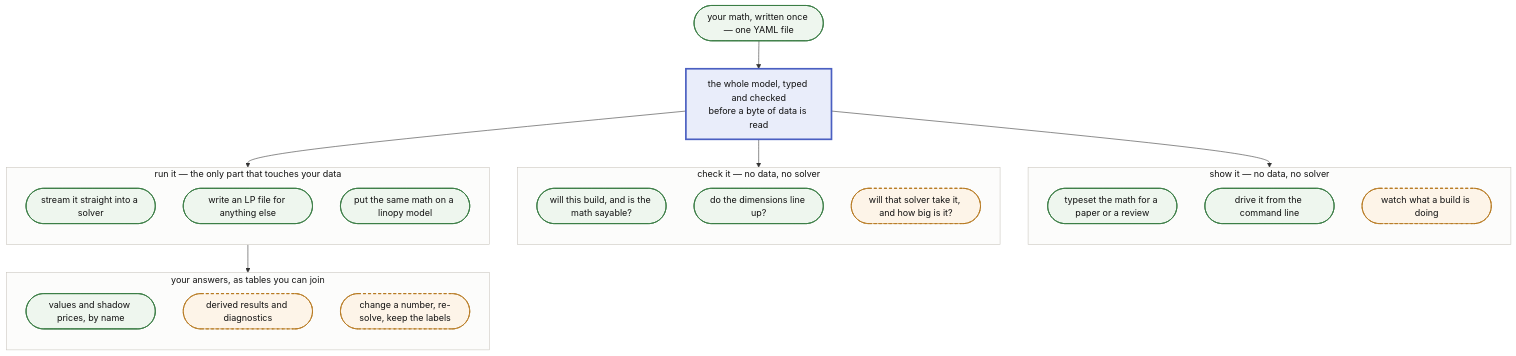
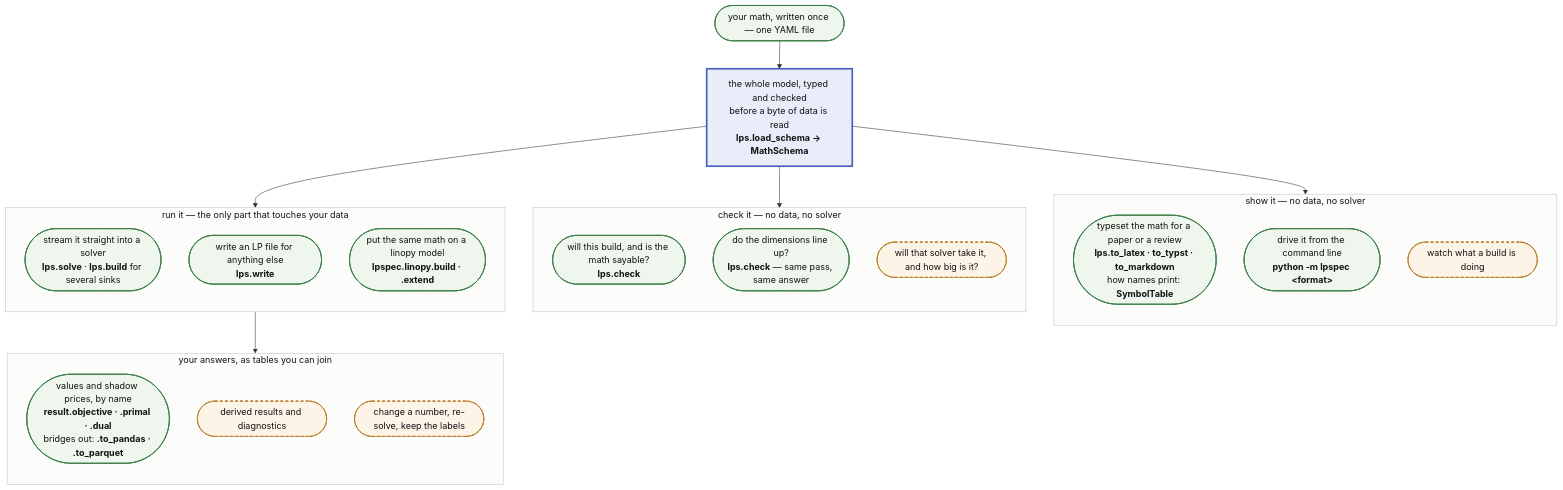
Before and after one commit to FBumann/farkas: the second of 2 diagrams in docs/ARCHITECTURE.md, drawn with Mermaid. The commit also changed other lines of this file and 2 other files, not shown here.

First line of the commit message:
docs(architecture): show the public surface, and pin it

````diff
--- a/docs/ARCHITECTURE.md
+++ b/docs/ARCHITECTURE.md
@@ -109,51 +109,51 @@
 ```mermaid
 flowchart TB
     Y(["your math, written once — one YAML file"])
 
     Y --> AST
 
-    AST["the whole model, typed and checked<br/>before a byte of data is read"]
+    AST["the whole model, typed and checked<br/>before a byte of data is read<br/><b>lps.load_schema → MathSchema</b>"]
 
     AST --> SHOW
     AST --> CHECK
     AST --> RUN
 
     subgraph SHOW["show it — no data, no solver"]
         direction TB
-        S1(["typeset the math for a paper or a review"])
-        S2(["drive it from the command line"])
+        S1(["typeset the math for a paper or a review<br/><b>lps.to_latex · to_typst · to_markdown</b><br/>how names print: <b>SymbolTable</b>"])
+        S2(["drive it from the command line<br/><b>python -m lpspec &lt;format&gt;</b>"])
         S3(["watch what a build is doing"])
     end
 
     subgraph CHECK["check it — no data, no solver"]
         direction TB
-        C1(["will this build, and is the math sayable?"])
-        C2(["do the dimensions line up?"])
+        C1(["will this build, and is the math sayable?<br/><b>lps.check</b>"])
+        C2(["do the dimensions line up?<br/><b>lps.check</b> — same pass, same answer"])
         C3(["will that solver take it, and how big is it?"])
     end
 
     subgraph RUN["run it — the only part that touches your data"]
         direction TB
-        R1(["stream it straight into a solver"])
-        R2(["write an LP file for anything else"])
-        R3(["put the same math on a linopy model"])
+        R1(["stream it straight into a solver<br/><b>lps.solve</b> · <b>lps.build</b> for several sinks"])
+        R2(["write an LP file for anything else<br/><b>lps.write</b>"])
+        R3(["put the same math on a linopy model<br/><b>lpspec.linopy.build · .extend</b>"])
     end
 
     R1 --> ANS
 
     subgraph ANS["your answers, as tables you can join"]
         direction TB
-        A1(["values and shadow prices, by name"])
+        A1(["values and shadow prices, by name<br/><b>result.objective · .primal · .dual</b><br/>bridges out: <b>.to_pandas · .to_parquet</b>"])
         A2(["derived results and diagnostics"])
         A3(["change a number, re-solve, keep the labels"])
     end
 
     classDef built fill:#eef6ee,stroke:#3a7d44,stroke-width:1.5px,color:#111
     classDef plan fill:#fdf4e8,stroke:#b7791f,stroke-width:1.5px,stroke-dasharray:5 4,color:#111
     classDef waist fill:#e9edfa,stroke:#4a5fc1,stroke-width:3px,color:#111
     classDef fam fill:#fcfcfb,stroke:#c9c5be,color:#111
     class Y,R1,R2,R3,C1,C2,A1,S1,S2 built
     class C3,S3,A2,A3 plan
     class AST waist
     class RUN,CHECK,SHOW,ANS fam
 ```
````
